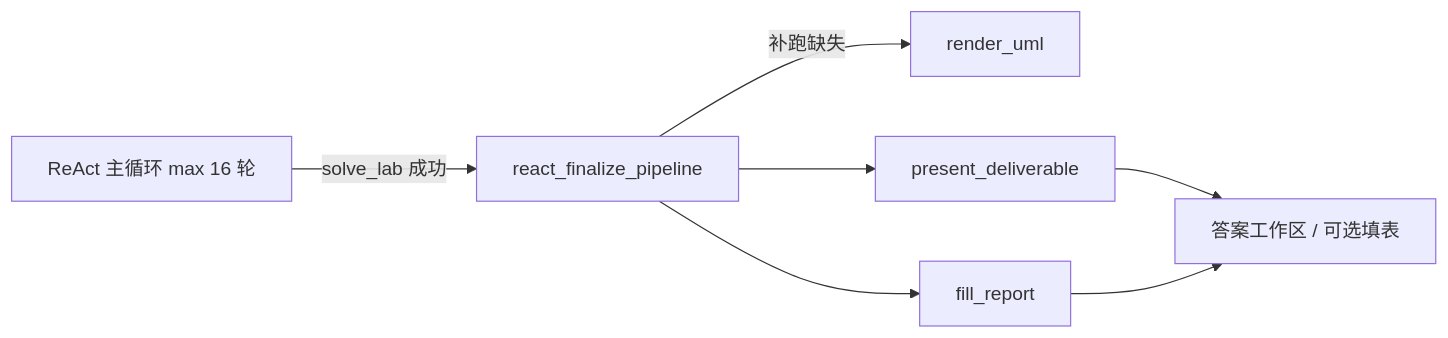
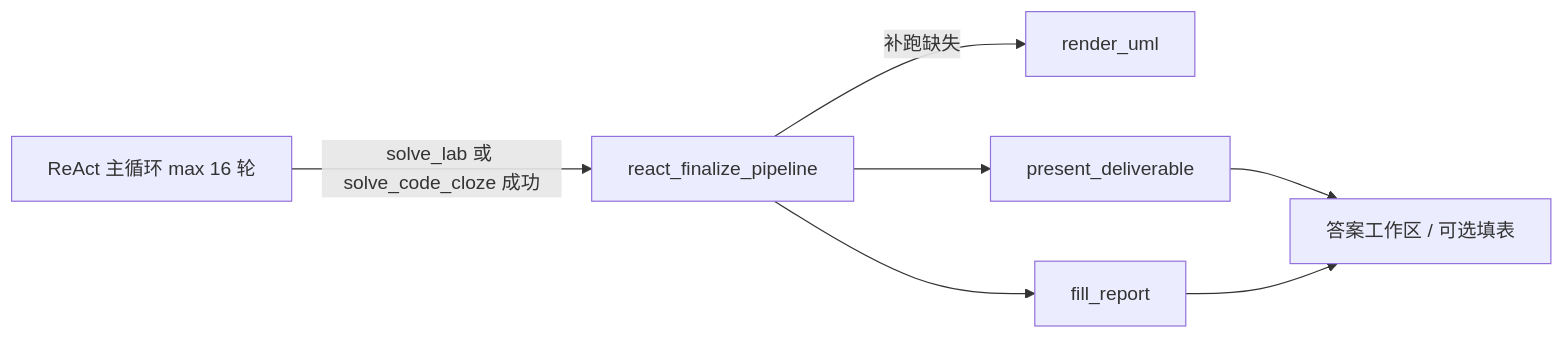
One commit to 21136/lab-solver changed the seventh of 8 diagrams in docs/architecture/LAB_SOLVER_AGENT_PLAN.md. Above: the diagram before and after it, drawn with Mermaid. The commit also changed other lines of this file and 128 other files, not shown here.

First line of the commit message:
feat: short-answer papers, code cloze, and agent pipeline upgrades

````diff
--- a/docs/architecture/LAB_SOLVER_AGENT_PLAN.md
+++ b/docs/architecture/LAB_SOLVER_AGENT_PLAN.md
@@ -1109,13 +1116,13 @@
 ```mermaid
 flowchart LR
   Loop[ReAct 主循环 max 16 轮]
   Fin[react_finalize_pipeline]
   Dlv[答案工作区 / 可选填表]
 
-  Loop -->|solve_lab 成功| Fin
+  Loop -->|solve_lab 或 solve_code_cloze 成功| Fin
   Fin -->|补跑缺失| render_uml
   Fin --> present_deliverable
   Fin --> fill_report
   present_deliverable --> Dlv
   fill_report --> Dlv
 ```
````
